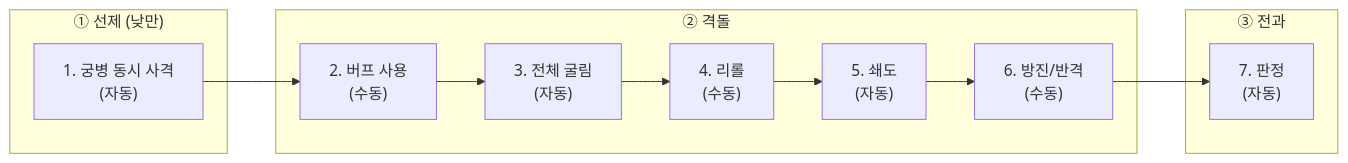
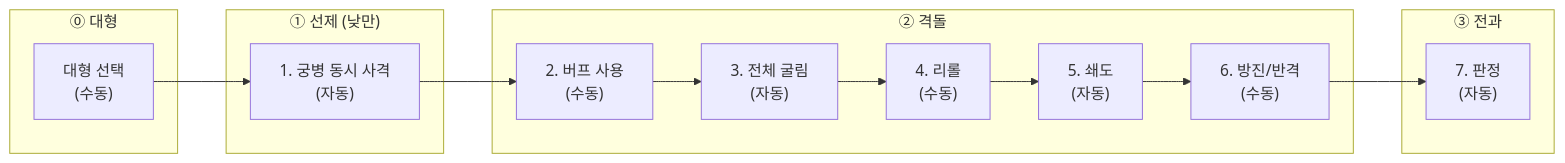
One commit to roam1215-beep/Chronicle-wiki changed the diagram in 02_전투/구조/전투구조.md. Above: the diagram before and after it, drawn with Mermaid. The commit also changed other lines of this file and 5 other files, not shown here.

````diff
--- a/02_전투/구조/전투구조.md
+++ b/02_전투/구조/전투구조.md
@@ -190,14 +193,18 @@
 ```mermaid
 flowchart LR
+    subgraph "⓪ 대형"
+        S0["대형 선택\n(수동)"]
+    end
     subgraph "① 선제 (낮만)"
         S1["1. 궁병 동시 사격\n(자동)"]
     end
     subgraph "② 격돌"
         S2["2. 버프 사용\n(수동)"] --> S3["3. 전체 굴림\n(자동)"] --> S4["4. 리롤\n(수동)"] --> S5["5. 쇄도\n(자동)"] --> S6["6. 방진/반격\n(수동)"]
     end
     subgraph "③ 전과"
         S7["7. 판정\n(자동)"]
     end
+    S0 --> S1
     S1 --> S2
     S6 --> S7
 ```
````
